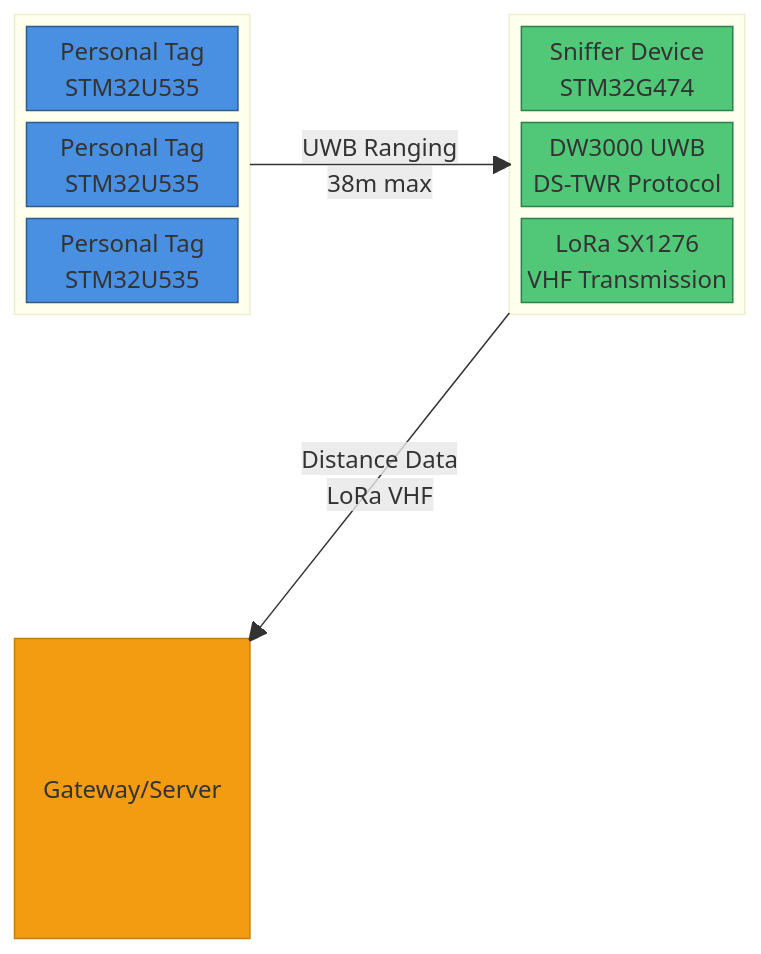
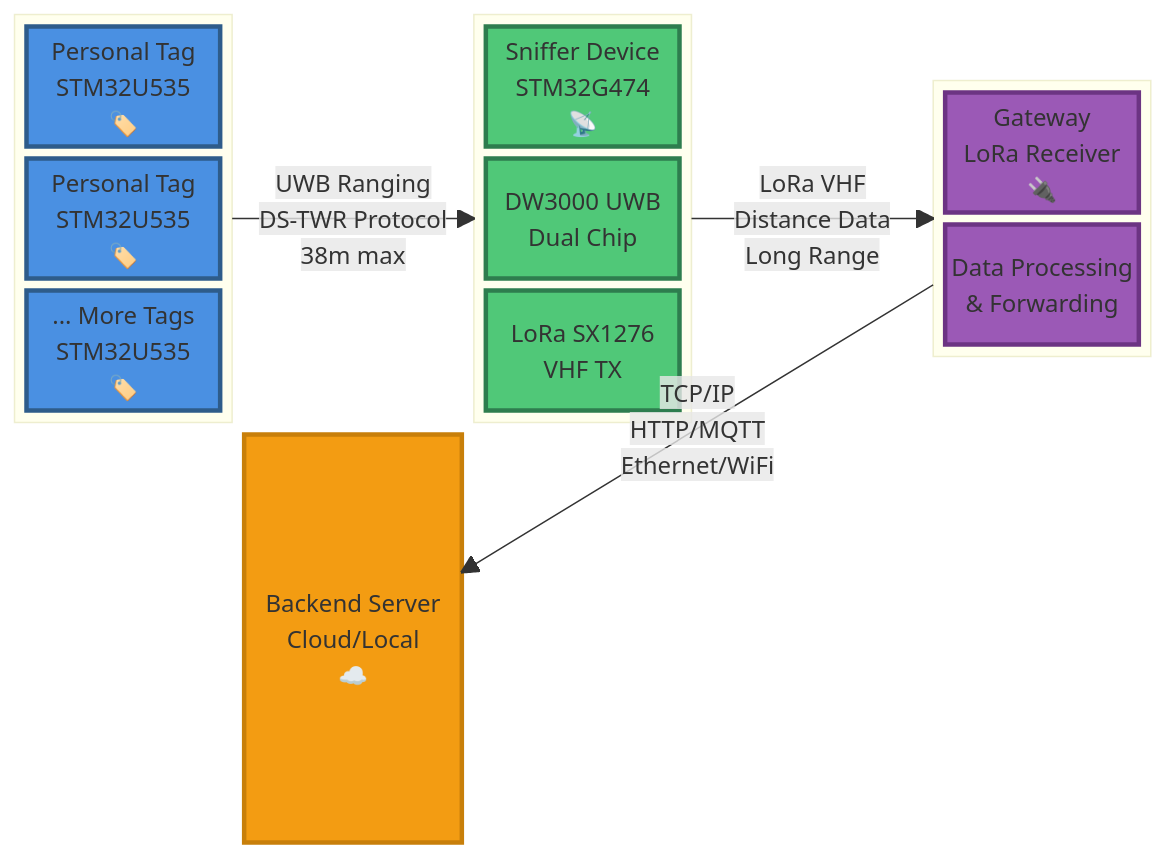
Before and after one commit to uqomm/fw-SmartTag: the first of 3 diagrams in README.md, drawn with Mermaid. The commit also changed other lines of this file, not shown here.

Commit message:
docs: Improve system overview diagram with complete data flow
- Add Gateway as separate component between Sniffer and Server
- Show complete left-to-right data flow: Tags → Sniffer → Gateway → Server
- Add communication protocols for each stage (UWB, LoRa VHF, TCP/IP)
- Include Gateway processing and forwarding details
- Add visual indicators (emojis) for better clarity
- Show network protocols (HTTP/MQTT, Ethernet/WiFi)

````diff
--- a/README.md
+++ b/README.md
@@ -7,32 +7,46 @@
 ```mermaid
 block-beta
-  columns 3
+  columns 5
   
   block:Tags:1
     columns 1
-    Tag1["Personal Tag<br/>STM32U535"]
-    Tag2["Personal Tag<br/>STM32U535"]
-    TagN["Personal Tag<br/>STM32U535"]
+    Tag1["Personal Tag<br/>STM32U535<br/>🏷️"]
+    Tag2["Personal Tag<br/>STM32U535<br/>🏷️"]
+    TagN["... More Tags<br/>STM32U535<br/>🏷️"]
   end
   
   space
   
   block:Sniffer:1
     columns 1
-    SnifferDev["Sniffer Device<br/>STM32G474"]
-    UWB["DW3000 UWB<br/>DS-TWR Protocol"]
-    LoRaModule["LoRa SX1276<br/>VHF Transmission"]
+    SnifferDev["Sniffer Device<br/>STM32G474<br/>📡"]
+    UWB["DW3000 UWB<br/>Dual Chip"]
+    LoRaModule["LoRa SX1276<br/>VHF TX"]
   end
   
-  Tags--"UWB Ranging<br/>38m max"-->Sniffer
-  space:3
-  Sniffer--"Distance Data<br/>LoRa VHF"-->Server["Gateway/Server"]
+  space
   
-  classDef tag fill:#4A90E2,stroke:#2E5C8A,color:#fff
-  classDef sniffer fill:#50C878,stroke:#2E7D4E,color:#fff
-  classDef server fill:#F39C12,stroke:#C87F0A,color:#fff
+  block:Gateway:1
+    columns 1
+    GatewayDev["Gateway<br/>LoRa Receiver<br/>🔌"]
+    Processor["Data Processing<br/>& Forwarding"]
+  end
+  
+  space
+  
+  Server["Backend Server<br/>Cloud/Local<br/>☁️"]
+  
+  Tags--"UWB Ranging<br/>DS-TWR Protocol<br/>38m max"-->Sniffer
+  Sniffer--"LoRa VHF<br/>Distance Data<br/>Long Range"-->Gateway
+  Gateway--"TCP/IP<br/>HTTP/MQTT<br/>Ethernet/WiFi"-->Server
+  
+  classDef tag fill:#4A90E2,stroke:#2E5C8A,color:#fff,stroke-width:3px
+  classDef sniffer fill:#50C878,stroke:#2E7D4E,color:#fff,stroke-width:3px
+  classDef gateway fill:#9B59B6,stroke:#6C3483,color:#fff,stroke-width:3px
+  classDef server fill:#F39C12,stroke:#C87F0A,color:#fff,stroke-width:3px
   
   class Tag1,Tag2,TagN tag
   class SnifferDev,UWB,LoRaModule sniffer
+  class GatewayDev,Processor gateway
   class Server server
 ```
````
